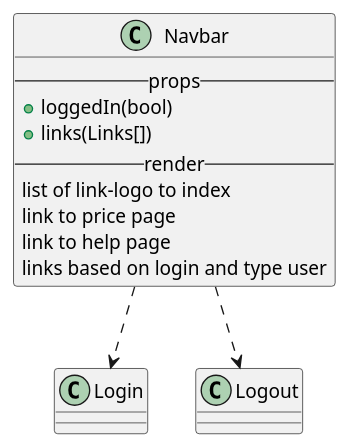
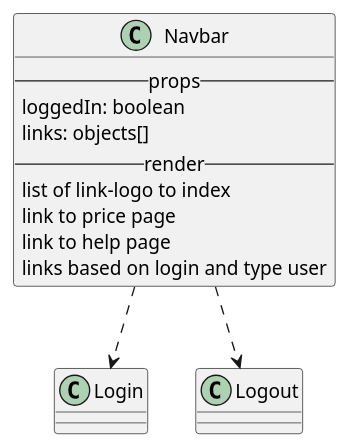
Before and after one commit to M9k/Marvin-Uml: the diagram in react/custom/navbar.iuml, drawn with PlantUML. The commit also changed 15 other files, not shown here.

```diff
--- a/react/custom/navbar.iuml
+++ b/react/custom/navbar.iuml
@@ -1,13 +1,13 @@
 class Navbar{
   --props--
-    + loggedIn(bool)
-    + links(Links[])
+    loggedIn: boolean
+    links: objects[]
   --render--
     list of link-logo to index
     link to price page
     link to help page
     links based on login and type user
 }
 
 Navbar ..> Login
 Navbar ..> Logout
```
